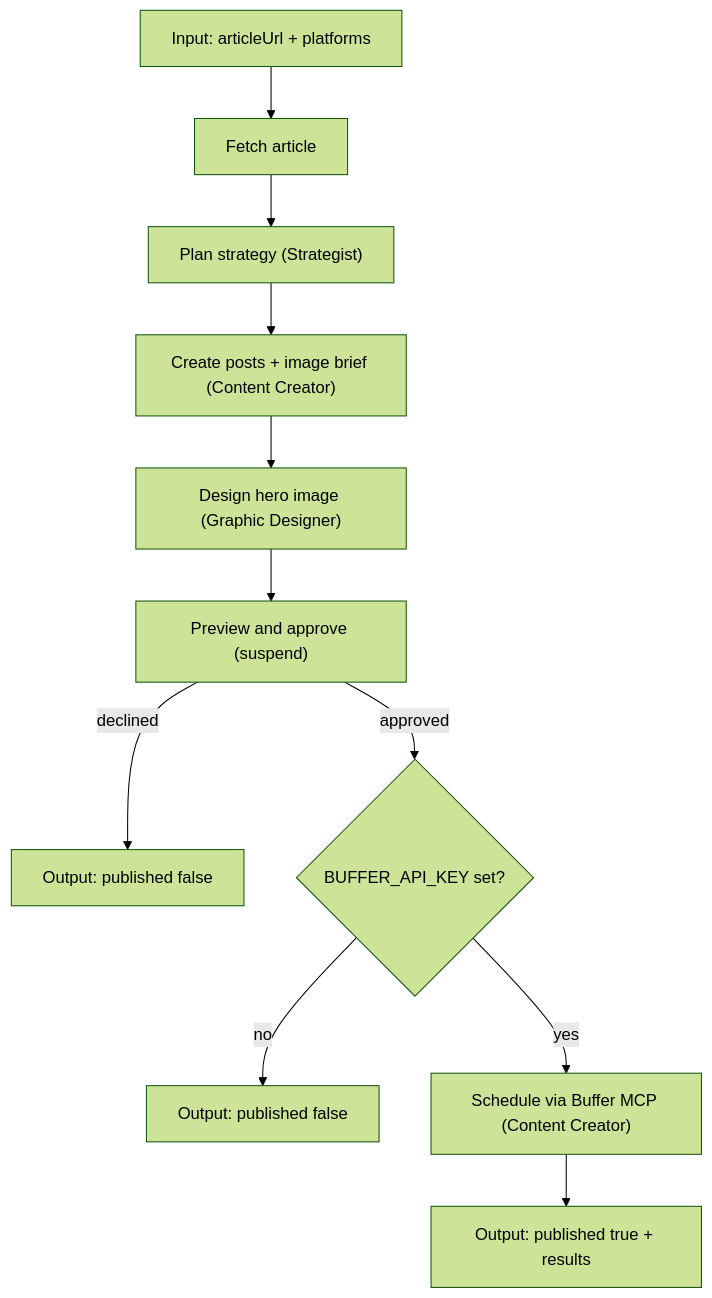
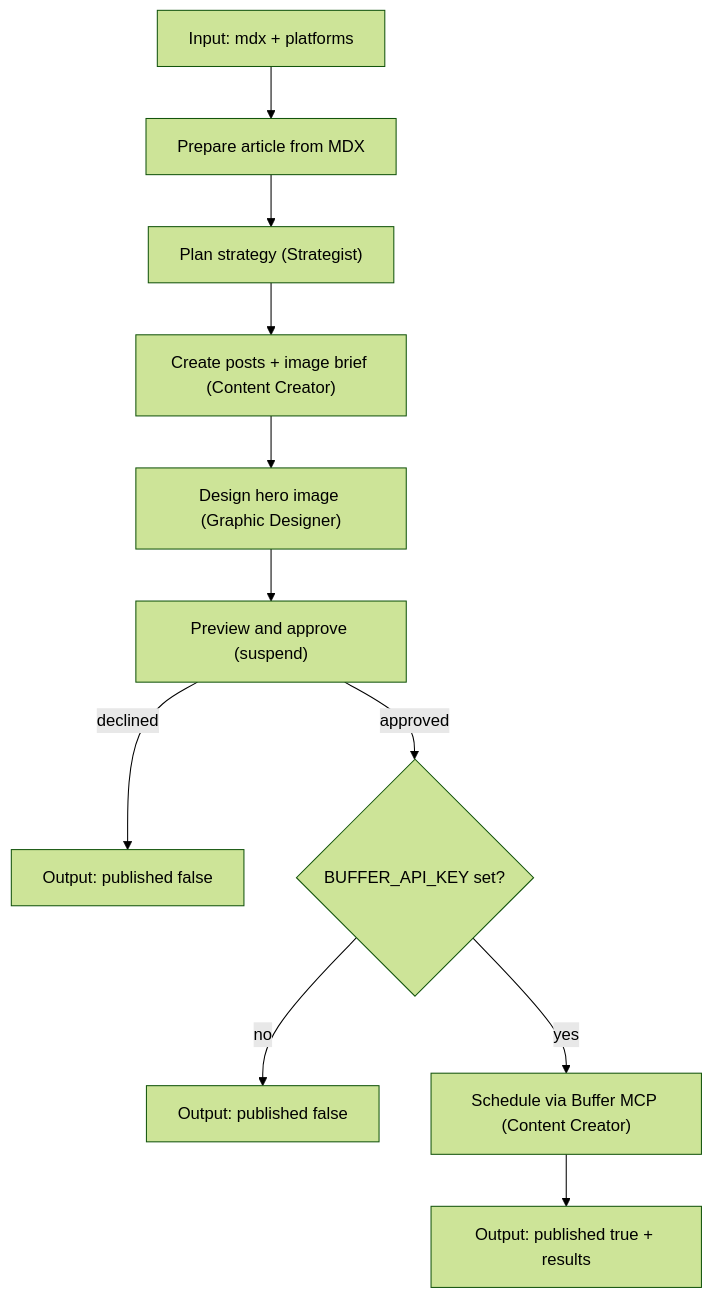
One commit to foxbit19/agentic-writer changed the second of 2 diagrams in docs/workflows.md. Above: the diagram before and after it, drawn with Mermaid (forest theme). The commit also changed other lines of this file and 2 other files, not shown here.

````diff
--- a/docs/workflows.md
+++ b/docs/workflows.md
@@ -54,13 +54,13 @@
 ```mermaid
 flowchart TD
-    input["Input: articleUrl + platforms"] --> fetch["Fetch article"]
-    fetch --> strategy["Plan strategy (Strategist)"]
+    input["Input: mdx + platforms"] --> prepare["Prepare article from MDX"]
+    prepare --> strategy["Plan strategy (Strategist)"]
     strategy --> create["Create posts + image brief (Content Creator)"]
     create --> design["Design hero image (Graphic Designer)"]
     design --> preview["Preview and approve (suspend)"]
     preview -->|declined| declined["Output: published false"]
     preview -->|approved| bufferKey{BUFFER_API_KEY set?}
     bufferKey -->|no| noKey["Output: published false"]
     bufferKey -->|yes| publish["Schedule via Buffer MCP (Content Creator)"]
     publish --> published["Output: published true + results"]
 ```
````
